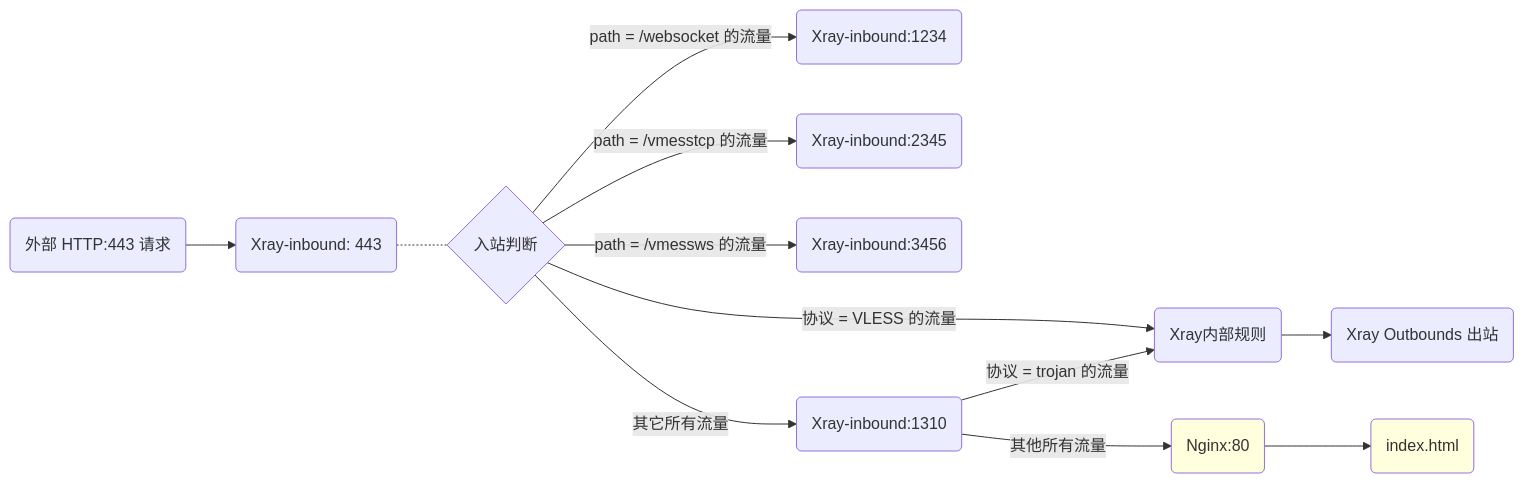
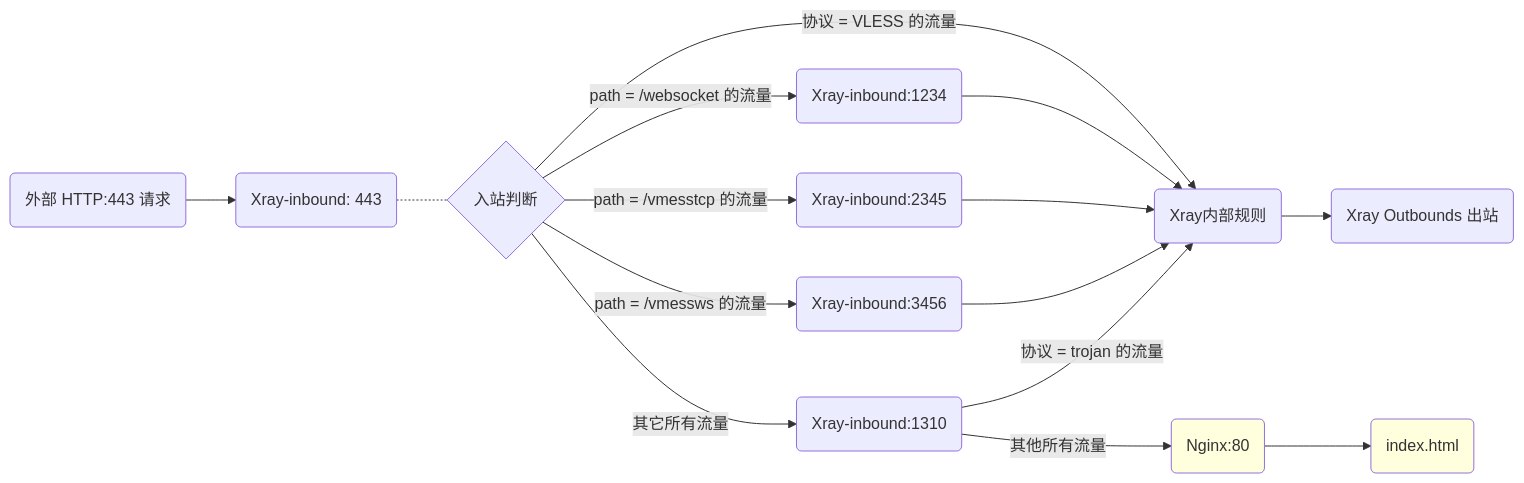
One commit to XTLS/XTLS.github.io changed the third of 3 diagrams in content/documents/level-1/fallbacks-lv1.md. Above: the diagram before and after it, drawn with Mermaid.

Commit message:
final flowchart correction

```diff
--- a/content/documents/level-1/fallbacks-lv1.md
+++ b/content/documents/level-1/fallbacks-lv1.md
@@ -383,20 +383,24 @@
     {{<mermaid align="left">}}
 graph LR;
 
     W443(外部 HTTP:443 请求) --> X443(Xray-inbound: 443) .- X1{入站判断} 
     X1 --> |协议 = VLESS 的流量| X2(Xray内部规则)
     X2 --> XO(Xray Outbounds 出站)
     
     X1 --> |path = /websocket 的流量| X1234(Xray-inbound:1234)
     X1 --> |path = /vmesstcp 的流量| X2345(Xray-inbound:2345)
     X1 --> |path = /vmessws 的流量| X3456(Xray-inbound:3456)
     X1 --> |其它所有流量| X1310(Xray-inbound:1310)
 
+    X1234 --> X2
+    X2345 --> X2
+    X3456 --> X2
+
     X1310 --> |协议 = trojan 的流量| X2
     X1310 --> |其他所有流量| N80(Nginx:80)
 
     N80:::nginxclass --> H(index.html)
 
     H:::nginxclass
     classDef nginxclass fill:#FFFFDE
 {{< /mermaid >}}
```
